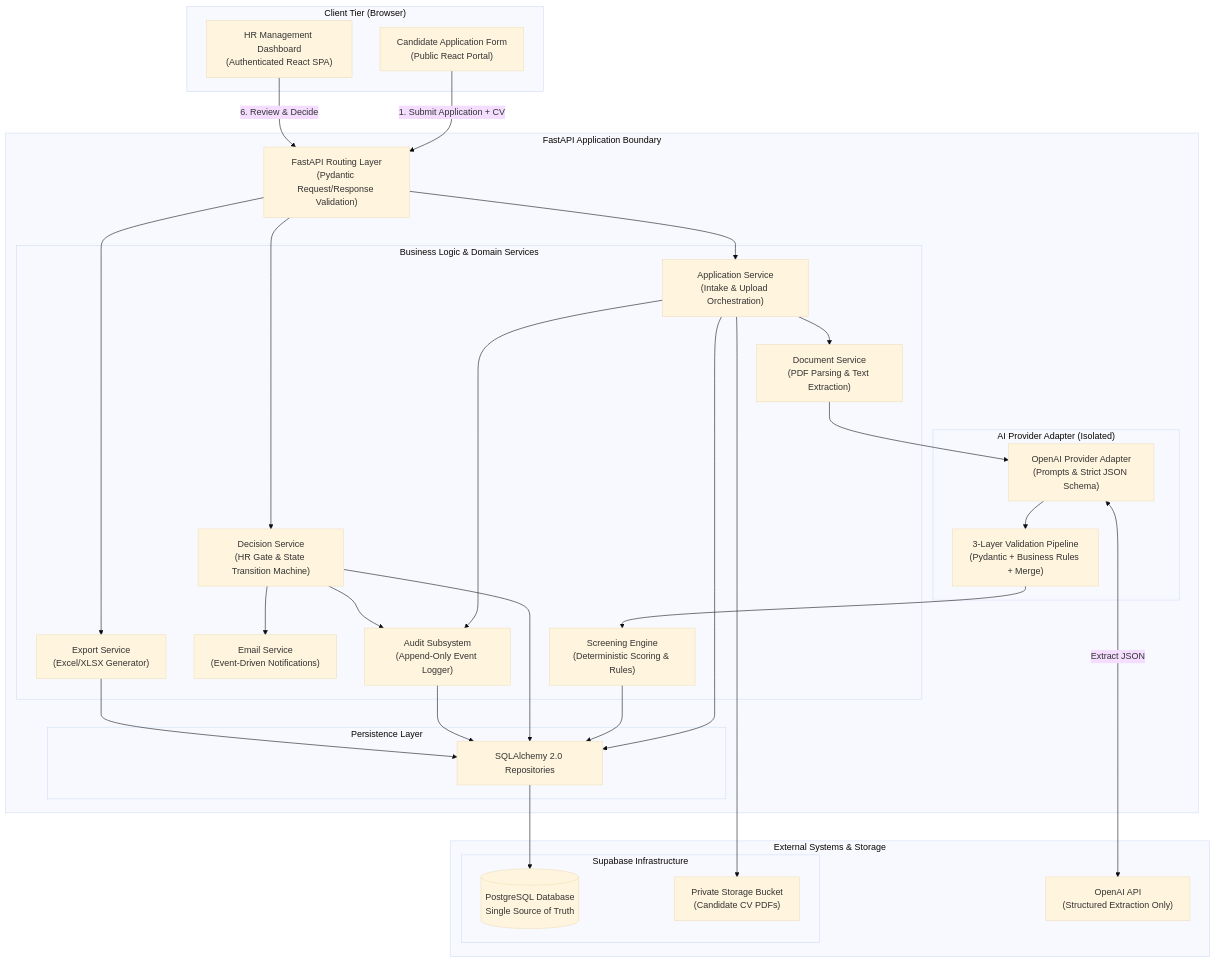
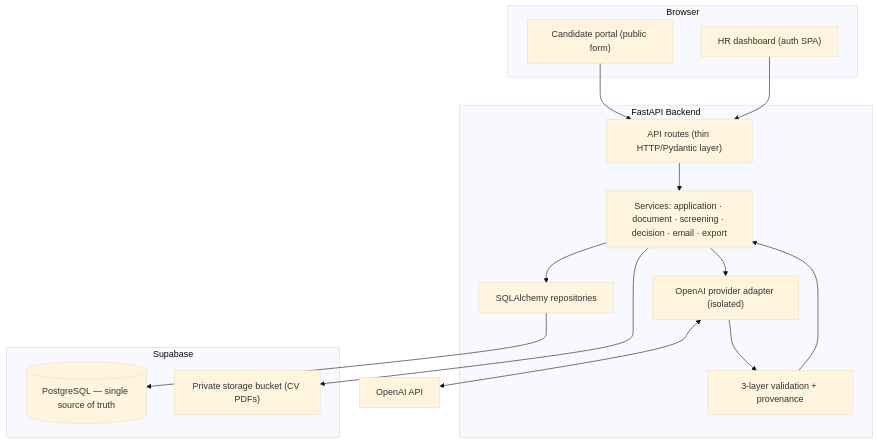
Before and after one commit to natasya744/AI-Assisted-HR-Recruitment-Screening-Platform: the first of 5 diagrams in DOCS/architecture.md, drawn with Mermaid (base theme). The commit also changed other lines of this file and 14 other files, not shown here.

Commit message:
refactor: restructure backend project and update documentation flow

````diff
--- a/DOCS/architecture.md
+++ b/DOCS/architecture.md
@@ -137,65 +72,30 @@
 ```mermaid
 flowchart TB
-    subgraph ClientTier["Client Tier (Browser)"]
-        CAND["Candidate Application Form<br/>(Public React Portal)"]
-        HRUI["HR Management Dashboard<br/>(Authenticated React SPA)"]
+    subgraph Client["Browser"]
+        CAND["Candidate portal (public form)"]
+        HR["HR dashboard (auth SPA)"]
     end
 
-    subgraph APITier["FastAPI Application Boundary"]
-        API["FastAPI Routing Layer<br/>(Pydantic Request/Response Validation)"]
-        
-        subgraph CoreServices["Business Logic & Domain Services"]
-            APP_SVC["Application Service<br/>(Intake & Upload Orchestration)"]
-            DOC_SVC["Document Service<br/>(PDF Parsing & Text Extraction)"]
-            SCR_SVC["Screening Engine<br/>(Deterministic Scoring & Rules)"]
-            DEC_SVC["Decision Service<br/>(HR Gate & State Transition Machine)"]
-            MAIL_SVC["Email Service<br/>(Event-Driven Notifications)"]
-            EXP_SVC["Export Service<br/>(Excel/XLSX Generator)"]
-            AUDIT_SVC["Audit Subsystem<br/>(Append-Only Event Logger)"]
-        end
-
-        subgraph AIAdapterTier["AI Provider Adapter (Isolated)"]
-            AI_ADAPTER["OpenAI Provider Adapter<br/>(Prompts & Strict JSON Schema)"]
-            VAL_ENGINE["3-Layer Validation Pipeline<br/>(Pydantic + Business Rules + Merge)"]
-        end
-
-        subgraph RepoTier["Persistence Layer"]
-            REPO["SQLAlchemy 2.0 Repositories"]
-        end
+    subgraph API["FastAPI Backend"]
+        ROUTES["API routes (thin HTTP/Pydantic layer)"]
+        SERVICES["Services: application · document · screening · decision · email · export"]
+        ADAPTER["OpenAI provider adapter (isolated)"]
+        VALIDATION["3-layer validation + provenance"]
+        REPO["SQLAlchemy repositories"]
     end
 
-    subgraph ExternalServices["External Systems & Storage"]
-        OPENAI_API["OpenAI API<br/>(Structured Extraction Only)"]
-        subgraph SupabaseCloud["Supabase Infrastructure"]
-            PG_DB[("PostgreSQL Database<br/>Single Source of Truth")]
-            PRIVATE_STORAGE["Private Storage Bucket<br/>(Candidate CV PDFs)"]
-        end
+    subgraph Platform["Supabase"]
+        DB[("PostgreSQL — single source of truth")]
+        STORE["Private storage bucket (CV PDFs)"]
     end
 
-    CAND -->|"1. Submit Application + CV"| API
-    HRUI -->|"6. Review & Decide"| API
-    
-    API --> APP_SVC
-    API --> DEC_SVC
-    API --> EXP_SVC
-    
-    APP_SVC --> DOC_SVC
-    APP_SVC --> REPO
-    APP_SVC --> PRIVATE_STORAGE
-    
-    DOC_SVC --> AI_ADAPTER
-    AI_ADAPTER <-->|"Extract JSON"| OPENAI_API
-    AI_ADAPTER --> VAL_ENGINE
-    VAL_ENGINE --> SCR_SVC
-    
-    SCR_SVC --> REPO
-    DEC_SVC --> MAIL_SVC
-    DEC_SVC --> REPO
-    
-    APP_SVC --> AUDIT_SVC
-    DEC_SVC --> AUDIT_SVC
-    AUDIT_SVC --> REPO
-    
-    REPO --> PG_DB
-    EXP_SVC --> REPO
+    OPENAI["OpenAI API"]
+
+    CAND --> ROUTES
+    HR --> ROUTES
+    ROUTES --> SERVICES
+    SERVICES --> REPO --> DB
+    SERVICES --> STORE
+    SERVICES --> ADAPTER <--> OPENAI
+    ADAPTER --> VALIDATION --> SERVICES
 ```
````
